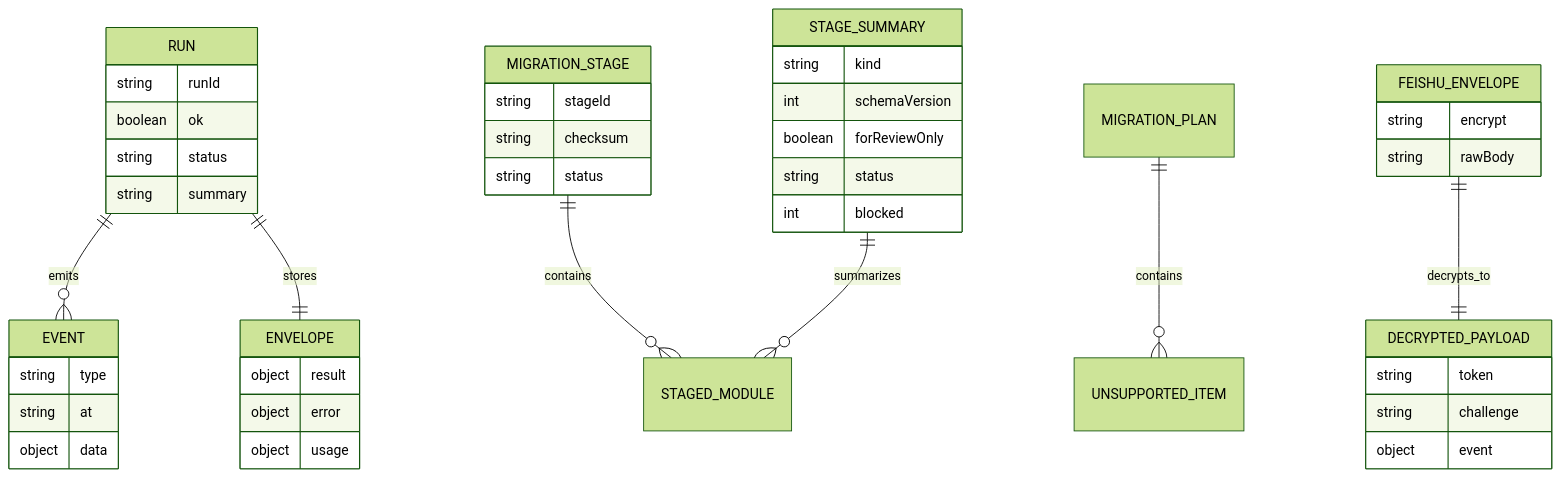
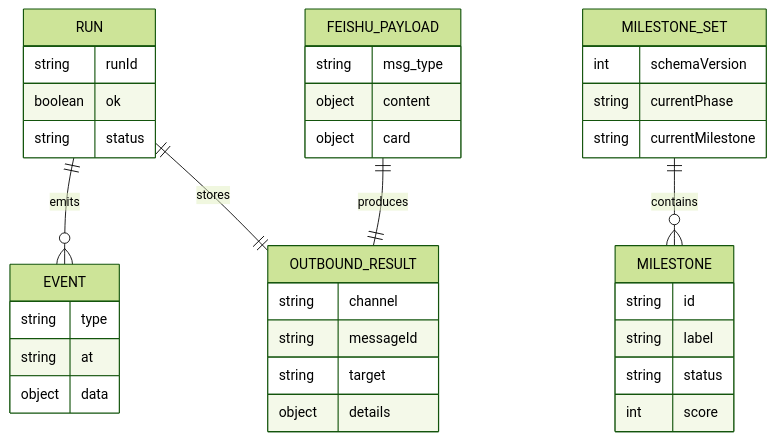
Before and after one commit to mayf3/myclaw: the sixth of 8 diagrams in docs/implementation-architecture.md, drawn with Mermaid (forest theme). The commit also changed other lines of this file and 29 other files, not shown here.

Commit message:
feat: add phase milestones and feishu outbound facade

````diff
--- a/docs/implementation-architecture.md
+++ b/docs/implementation-architecture.md
@@ -199,17 +189,14 @@
 ```mermaid
 erDiagram
   RUN ||--o{ EVENT : emits
-  RUN ||--|| ENVELOPE : stores
-  MIGRATION_STAGE ||--o{ STAGED_MODULE : contains
-  MIGRATION_PLAN ||--o{ UNSUPPORTED_ITEM : contains
-  STAGE_SUMMARY ||--o{ STAGED_MODULE : summarizes
-  FEISHU_ENVELOPE ||--|| DECRYPTED_PAYLOAD : decrypts_to
+  RUN ||--|| OUTBOUND_RESULT : stores
+  MILESTONE_SET ||--o{ MILESTONE : contains
+  FEISHU_PAYLOAD ||--|| OUTBOUND_RESULT : produces
 
-  RUN { string runId boolean ok string status string summary }
+  RUN { string runId boolean ok string status }
   EVENT { string type string at object data }
-  ENVELOPE { object result object error object usage }
-  MIGRATION_STAGE { string stageId string checksum string status }
-  STAGE_SUMMARY { string kind int schemaVersion boolean forReviewOnly string status int blocked }
-  FEISHU_ENVELOPE { string encrypt string rawBody }
-  DECRYPTED_PAYLOAD { string token string challenge object event }
+  OUTBOUND_RESULT { string channel string messageId string target object details }
+  MILESTONE_SET { int schemaVersion string currentPhase string currentMilestone }
+  MILESTONE { string id string label string status int score }
+  FEISHU_PAYLOAD { string msg_type object content object card }
 ```
````
